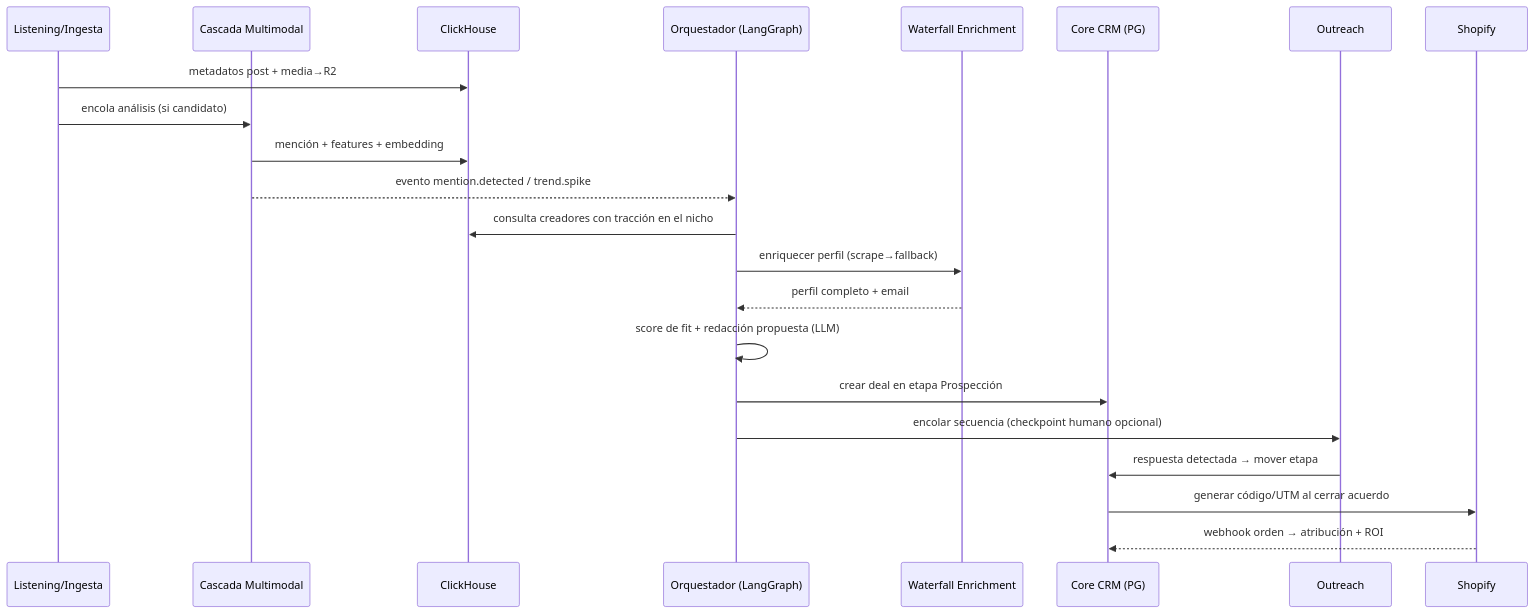
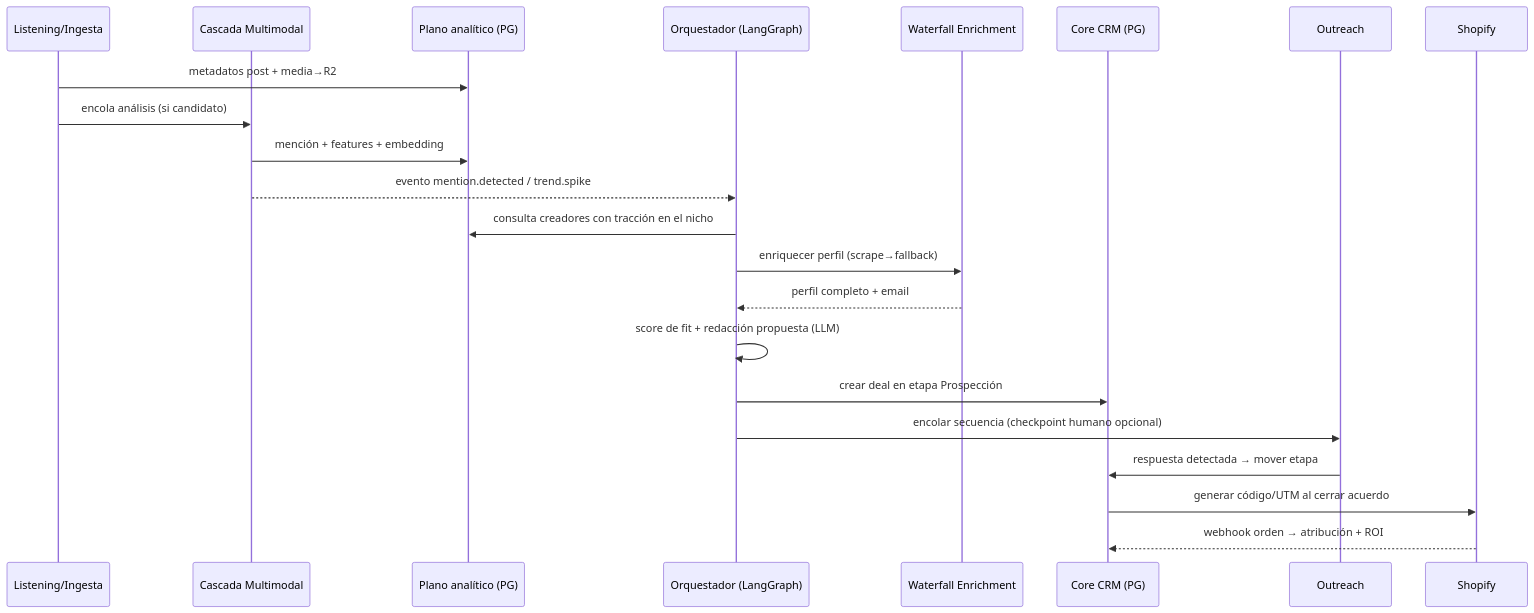
One commit to AttitudeFactory/Qualify changed the second of 2 diagrams in docs/arquitectura.md. Above: the diagram before and after it, drawn with Mermaid. The commit also changed other lines of this file, not shown here.

````diff
--- a/docs/arquitectura.md
+++ b/docs/arquitectura.md
@@ -235,25 +227,25 @@
 ```mermaid
 sequenceDiagram
     participant L as Listening/Ingesta
     participant MM as Cascada Multimodal
-    participant CH as ClickHouse
+    participant AN as Plano analítico (PG)
     participant AG as Orquestador (LangGraph)
     participant EN as Waterfall Enrichment
     participant CRM as Core CRM (PG)
     participant OU as Outreach
     participant SH as Shopify
 
-    L->>CH: metadatos post + media→R2
+    L->>AN: metadatos post + media→R2
     L->>MM: encola análisis (si candidato)
-    MM->>CH: mención + features + embedding
+    MM->>AN: mención + features + embedding
     MM-->>AG: evento mention.detected / trend.spike
-    AG->>CH: consulta creadores con tracción en el nicho
+    AG->>AN: consulta creadores con tracción en el nicho
     AG->>EN: enriquecer perfil (scrape→fallback)
     EN-->>AG: perfil completo + email
     AG->>AG: score de fit + redacción propuesta (LLM)
     AG->>CRM: crear deal en etapa Prospección
     AG->>OU: encolar secuencia (checkpoint humano opcional)
     OU->>CRM: respuesta detectada → mover etapa
     CRM->>SH: generar código/UTM al cerrar acuerdo
     SH-->>CRM: webhook orden → atribución + ROI
 ```
````
